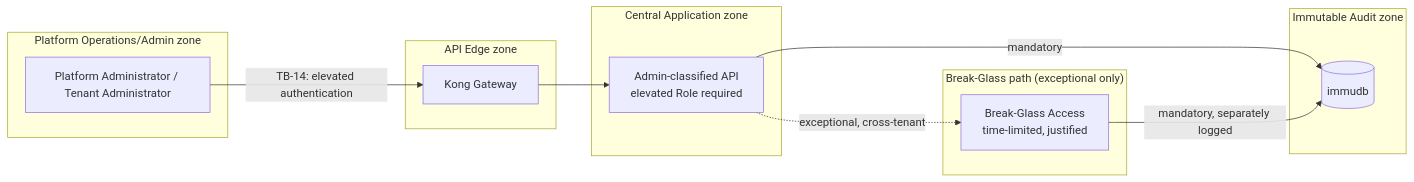
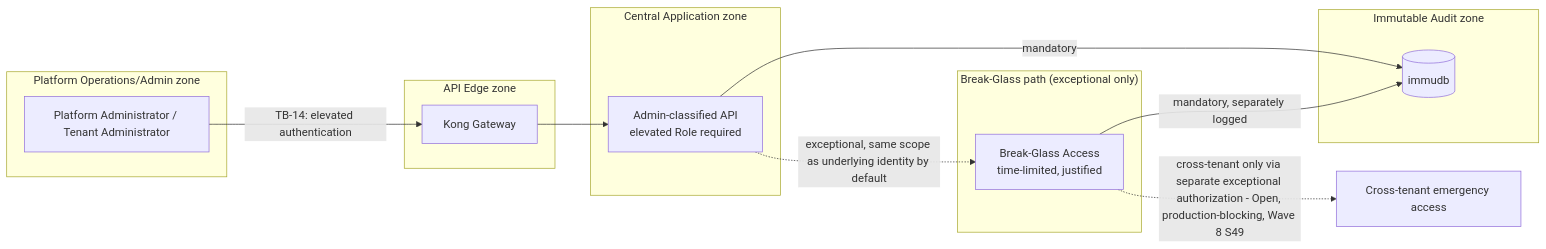
One commit to Darhous/test-m3ml changed the seventh of 9 diagrams in docs/sad/07-security-privacy-trust-boundaries.md. Above: the diagram before and after it, drawn with Mermaid. The commit also changed other lines of this file, not shown here.

First line of the commit message:
docs(sad): finalize Wave 7 pre-acceptance security corrections

````diff
--- a/docs/sad/07-security-privacy-trust-boundaries.md
+++ b/docs/sad/07-security-privacy-trust-boundaries.md
@@ -304,24 +304,25 @@
 ```mermaid
 flowchart LR
     subgraph Z12["Platform Operations/Admin zone"]
         Admin[Platform Administrator / Tenant Administrator]
     end
     subgraph Z2["API Edge zone"]
         Kong4[Kong Gateway]
     end
     subgraph Z3["Central Application zone"]
         AdminAPI[Admin-classified API<br/>elevated Role required]
     end
     subgraph Z10["Immutable Audit zone"]
         Audit3[(immudb)]
     end
     subgraph BG["Break-Glass path (exceptional only)"]
         BreakGlass[Break-Glass Access<br/>time-limited, justified]
     end
 
     Admin -->|TB-14: elevated authentication| Kong4
     Kong4 --> AdminAPI
-    AdminAPI -.->|exceptional, cross-tenant| BreakGlass
+    AdminAPI -.->|exceptional, same scope as underlying identity by default| BreakGlass
+    BreakGlass -.->|cross-tenant only via separate exceptional authorization - Open, production-blocking, Wave 8 S49| CrossTenantBG[Cross-tenant emergency access]
     AdminAPI -->|mandatory| Audit3
     BreakGlass -->|mandatory, separately logged| Audit3
 ```
````
